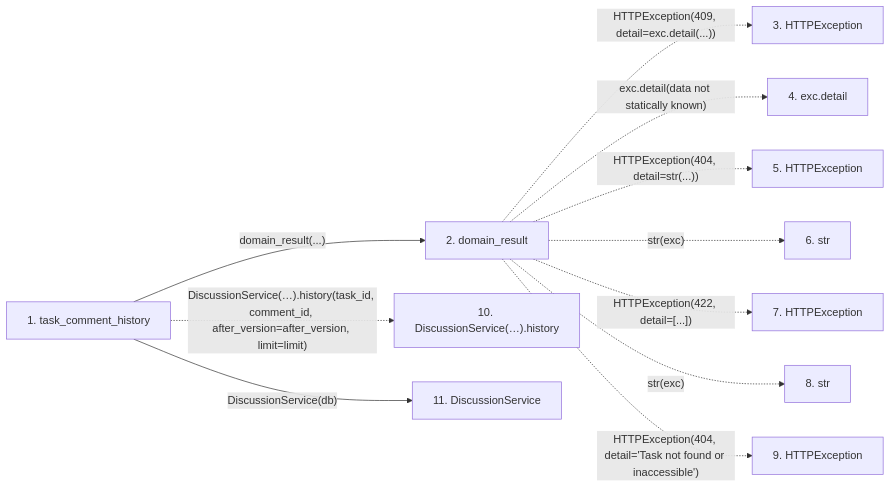
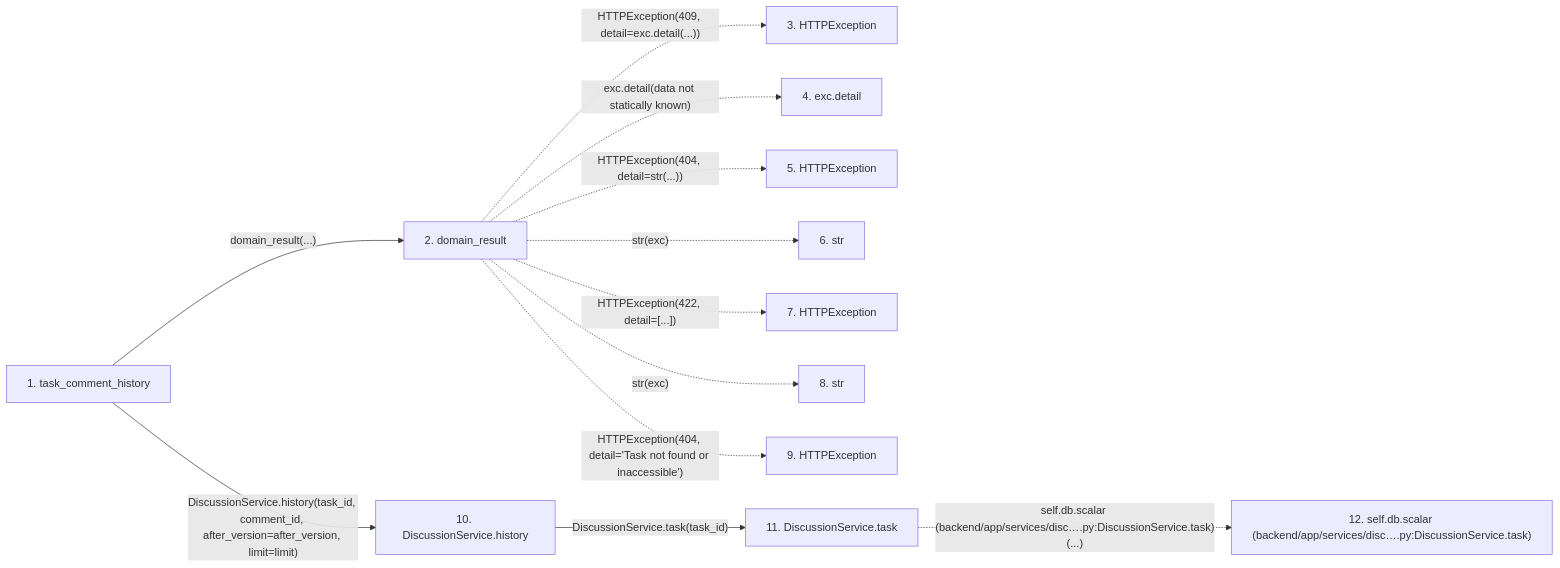
Before and after one commit to Denissvgn/WorkChord: the second of 2 diagrams in docs/llm_wiki/flows/http-task_comment_history.md, drawn with Mermaid. The commit also changed other lines of this file and 25171 other files, not shown here.

````diff
--- a/docs/llm_wiki/flows/http-task_comment_history.md
+++ b/docs/llm_wiki/flows/http-task_comment_history.md
@@ -34,27 +124,30 @@
 ```mermaid
 flowchart LR
     s1["1. task_comment_history"]
     s2["2. domain_result"]
     s3["3. HTTPException"]
     s4["4. exc.detail"]
     s5["5. HTTPException"]
     s6["6. str"]
     s7["7. HTTPException"]
     s8["8. str"]
     s9["9. HTTPException"]
-    s10["10. DiscussionService(…).history"]
-    s11["11. DiscussionService"]
+    s10["10. DiscussionService.history"]
+    s11["11. DiscussionService.task"]
+    s12["12. self.db.scalar (backend/app/services/disc….py:DiscussionService.task)"]
     s1 -->|"domain_result(...)"| s2
     s2 -. "HTTPException(409, detail=exc.detail(...))" .-> s3
     s2 -. "exc.detail(data not statically known)" .-> s4
     s2 -. "HTTPException(404, detail=str(...))" .-> s5
     s2 -. "str(exc)" .-> s6
     s2 -. "HTTPException(422, detail=[...])" .-> s7
     s2 -. "str(exc)" .-> s8
     s2 -. "HTTPException(404, detail='Task not found or inaccessible')" .-> s9
-    s1 -. "DiscussionService(…).history(task_id, comment_id, after_version=after_version, limit=limit)" .-> s10
-    s1 -->|"DiscussionService(db)"| s11
+    s1 -->|"DiscussionService.history(task_id, comment_id, after_version=after_version, limit=limit)"| s10
+    s10 -->|"DiscussionService.task(task_id)"| s11
+    s11 -. "self.db.scalar (backend/app/services/disc….py:DiscussionService.task)(...)" .-> s12
     click s1 "../modules/routers_discussion.md"
     click s2 "../modules/routers_task_domain.md"
+    click s10 "../modules/discussion_service.md"
     click s11 "../modules/discussion_service.md"
 ```
````
